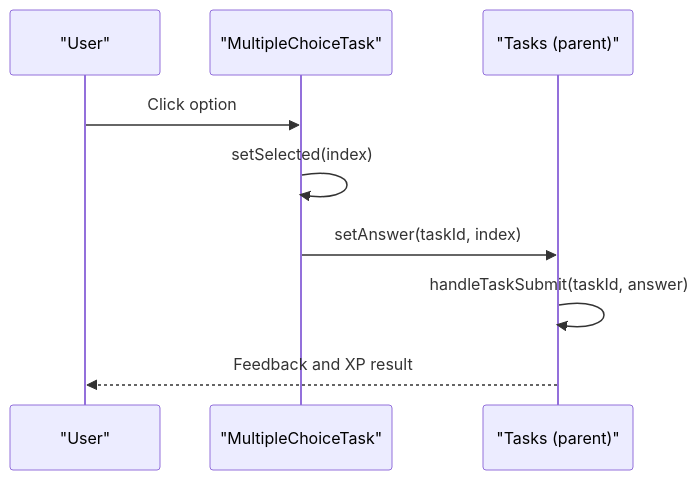
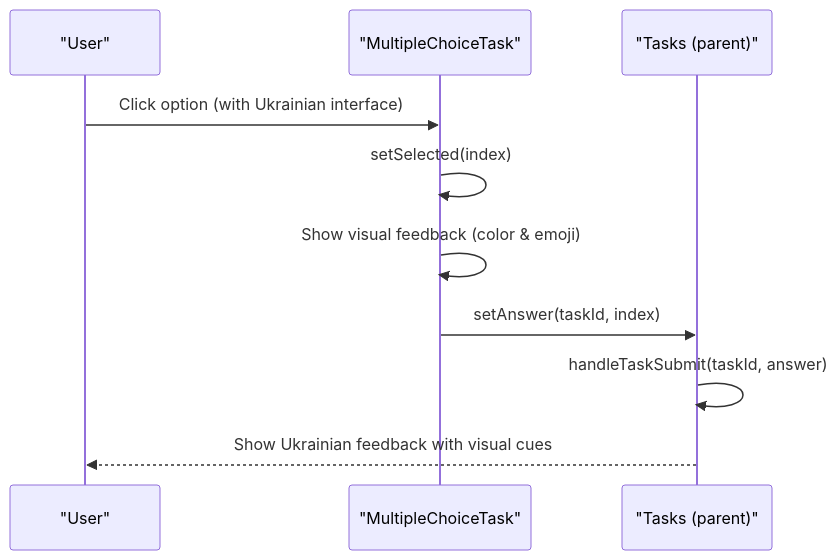
The fourth of 10 diagrams in .qoder/repowiki/en/content/Core Features/Learning Interface/Learning Interface.md (AlexKutz/math-app-next-js), drawn with Mermaid before and after one commit. The commit also changed other lines of this file and 9 other files, not shown here.

````diff
--- a/.qoder/repowiki/en/content/Core Features/Learning Interface/Learning Interface.md
+++ b/.qoder/repowiki/en/content/Core Features/Learning Interface/Learning Interface.md
@@ -213,11 +261,12 @@
 ```mermaid
 sequenceDiagram
 participant U as "User"
 participant MC as "MultipleChoiceTask"
 participant P as "Tasks (parent)"
-U->>MC : Click option
+U->>MC : Click option (with Ukrainian interface)
 MC->>MC : setSelected(index)
+MC->>MC : Show visual feedback (color & emoji)
 MC->>P : setAnswer(taskId, index)
 P->>P : handleTaskSubmit(taskId, answer)
-P-->>U : Feedback and XP result
+P-->>U : Show Ukrainian feedback with visual cues
 ```
````
